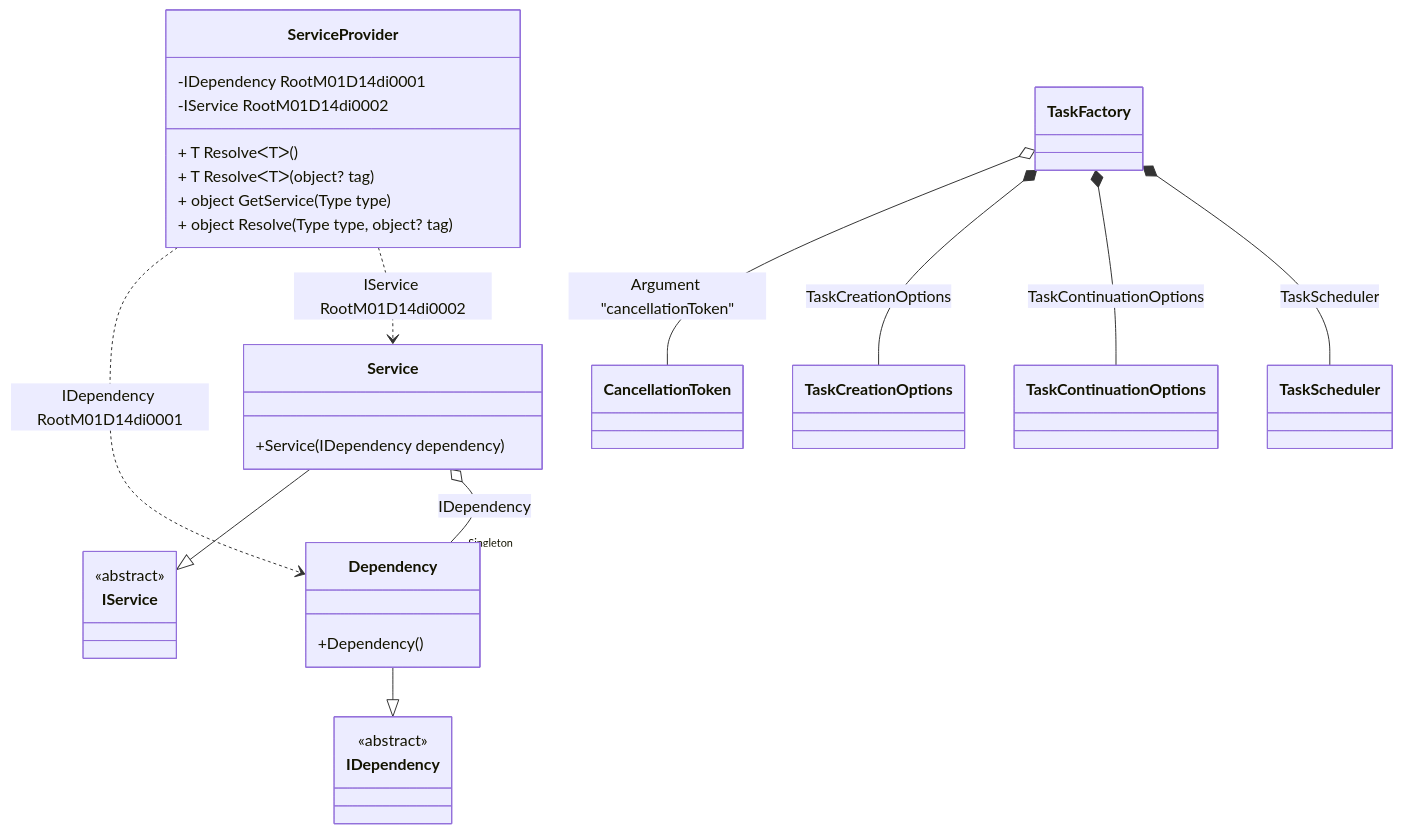
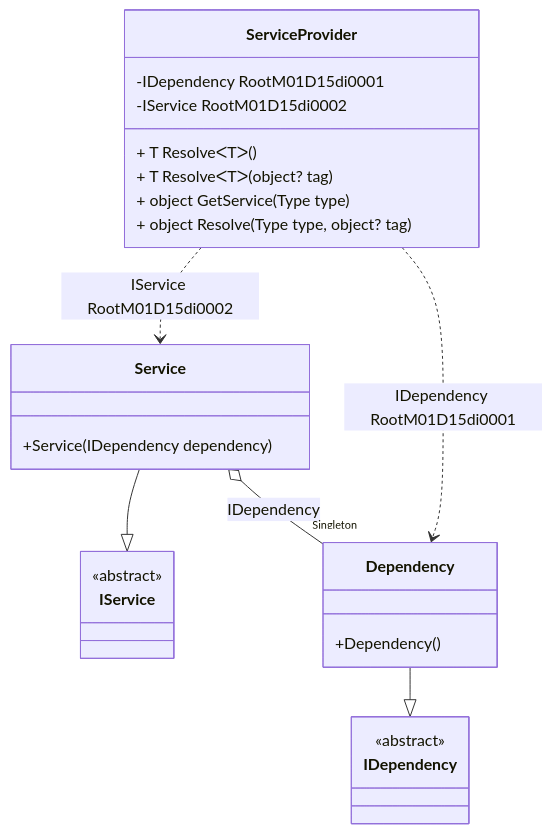
One commit to DevTeam/Pure.DI changed the diagram in readme/service-provider.md. Above: the diagram before and after it, drawn with Mermaid. The commit also changed other lines of this file and 66 other files, not shown here.

Commit message:
Minimizing the volume of the dependency graph

````diff
--- a/readme/service-provider.md
+++ b/readme/service-provider.md
@@ -46,37 +46,28 @@
 ```mermaid
 classDiagram
   class ServiceProvider {
-    -IDependency RootM01D14di0001
-    -IService RootM01D14di0002
+    -IDependency RootM01D15di0001
+    -IService RootM01D15di0002
     + T ResolveᐸTᐳ()
     + T ResolveᐸTᐳ(object? tag)
     + object GetService(Type type)
     + object Resolve(Type type, object? tag)
   }
   Service --|> IService : 
   class Service {
     +Service(IDependency dependency)
   }
   Dependency --|> IDependency : 
   class Dependency {
     +Dependency()
   }
-  class TaskScheduler
-  class TaskCreationOptions
-  class TaskContinuationOptions
-  class TaskFactory
-  class CancellationToken
   class IService {
     <<abstract>>
   }
   class IDependency {
     <<abstract>>
   }
   Service o--  "Singleton" Dependency : IDependency
-  TaskFactory o-- CancellationToken : Argument "cancellationToken"
-  TaskFactory *--  TaskCreationOptions : TaskCreationOptions
-  TaskFactory *--  TaskContinuationOptions : TaskContinuationOptions
-  TaskFactory *--  TaskScheduler : TaskScheduler
-  ServiceProvider ..> Dependency : IDependency RootM01D14di0001
-  ServiceProvider ..> Service : IService RootM01D14di0002
+  ServiceProvider ..> Dependency : IDependency RootM01D15di0001
+  ServiceProvider ..> Service : IService RootM01D15di0002
 ```
````
